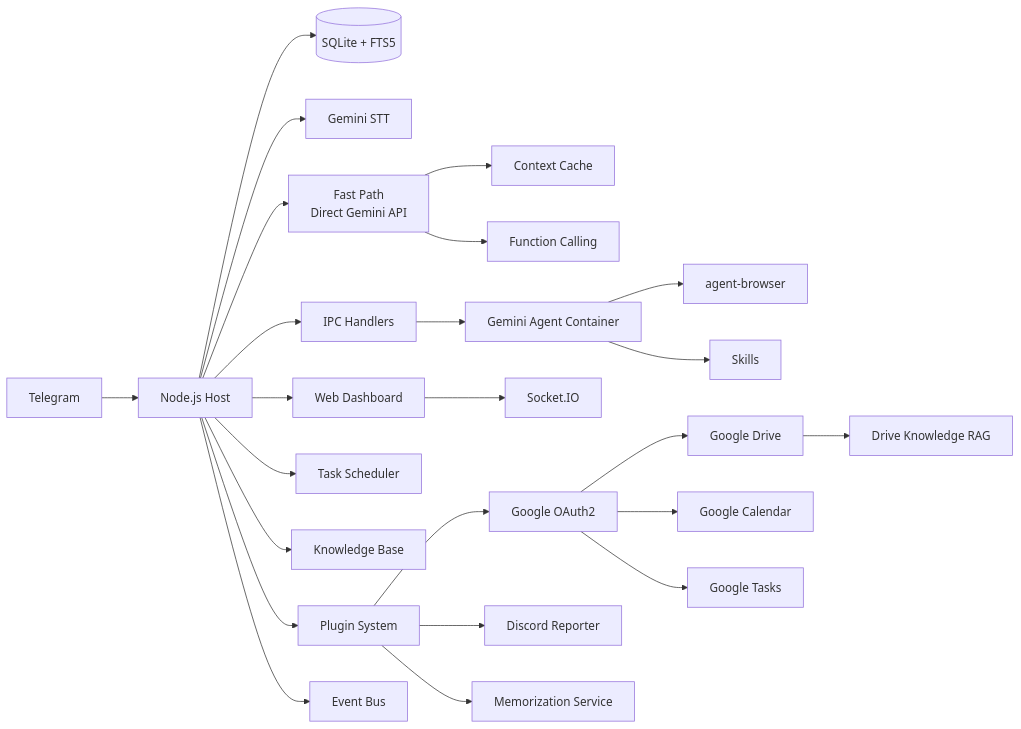
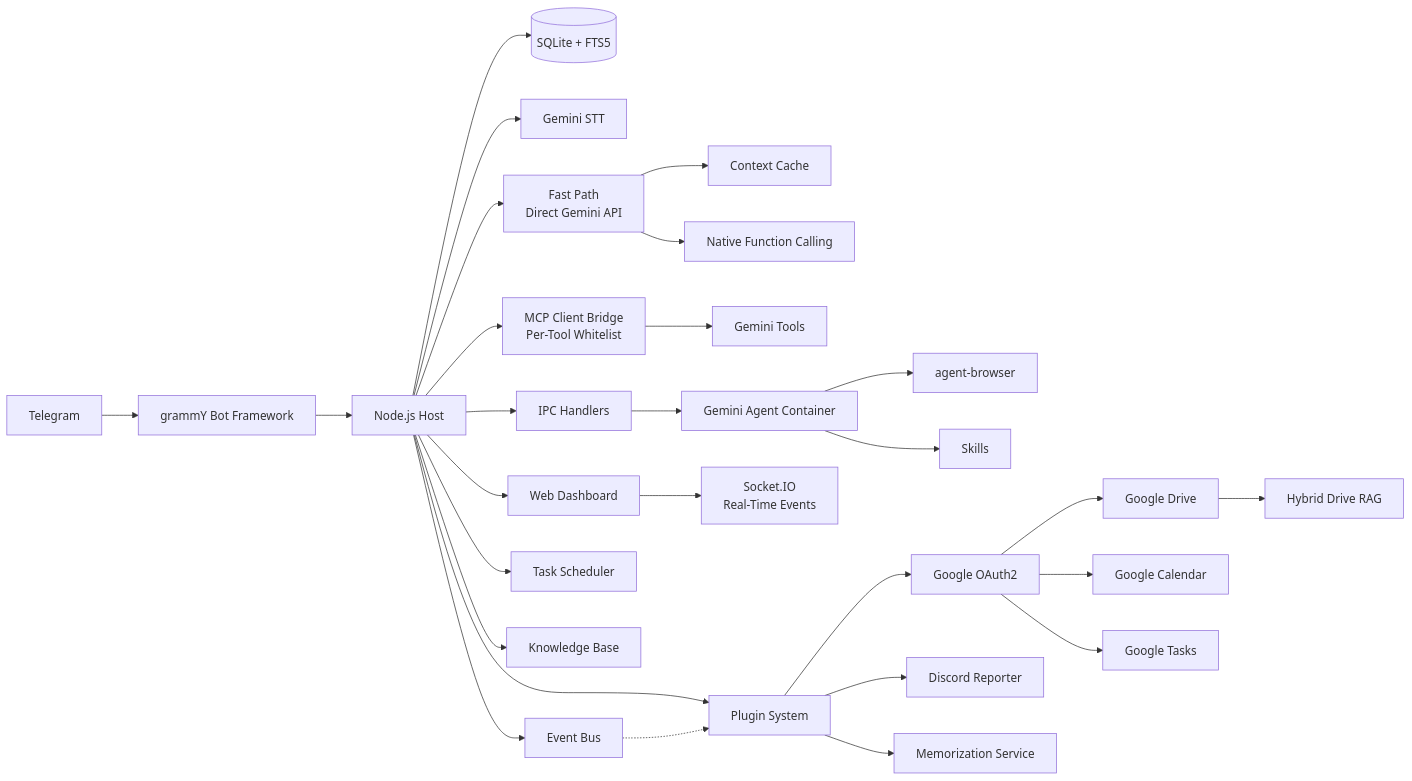
The diagram in README.es.md (Rlin1027/NanoGemClaw), drawn with Mermaid before and after one commit. The commit also changed other lines of this file and 8 other files, not shown here.

````diff
--- a/README.es.md
+++ b/README.es.md
@@ -395,26 +408,30 @@
 ```mermaid
 graph LR
-    TG[Telegram] --> Bot[Node.js Host]
+    TG[Telegram] --> GramMY[grammY Bot Framework]
+    GramMY --> Bot[Node.js Host]
     Bot --> DB[(SQLite + FTS5)]
     Bot --> STT[Gemini STT]
     Bot --> FP[Fast Path<br/>Direct Gemini API]
     FP --> Cache[Context Cache]
-    FP --> FC[Function Calling]
+    FP --> FC[Native Function Calling]
+    Bot --> MCP[MCP Client Bridge<br/>Per-Tool Whitelist]
+    MCP --> Tools[Gemini Tools]
     Bot --> IPC[IPC Handlers]
     IPC --> Container[Gemini Agent Container]
     Container --> Browser[agent-browser]
     Container --> Skills[Skills]
     Bot --> Dashboard[Web Dashboard]
-    Dashboard --> WS[Socket.IO]
+    Dashboard --> WS[Socket.IO<br/>Real-Time Events]
     Bot --> Scheduler[Task Scheduler]
     Bot --> Knowledge[Knowledge Base]
     Bot --> Plugins[Plugin System]
     Plugins --> GAuth[Google OAuth2]
     GAuth --> GDrive[Google Drive]
     GAuth --> GCal[Google Calendar]
     GAuth --> GTasks[Google Tasks]
-    GDrive --> RAG[Drive Knowledge RAG]
+    GDrive --> RAG[Hybrid Drive RAG]
     Plugins --> Discord[Discord Reporter]
     Plugins --> Memo[Memorization Service]
     Bot --> EB[Event Bus]
+    EB -.-> Plugins
 ```
````
